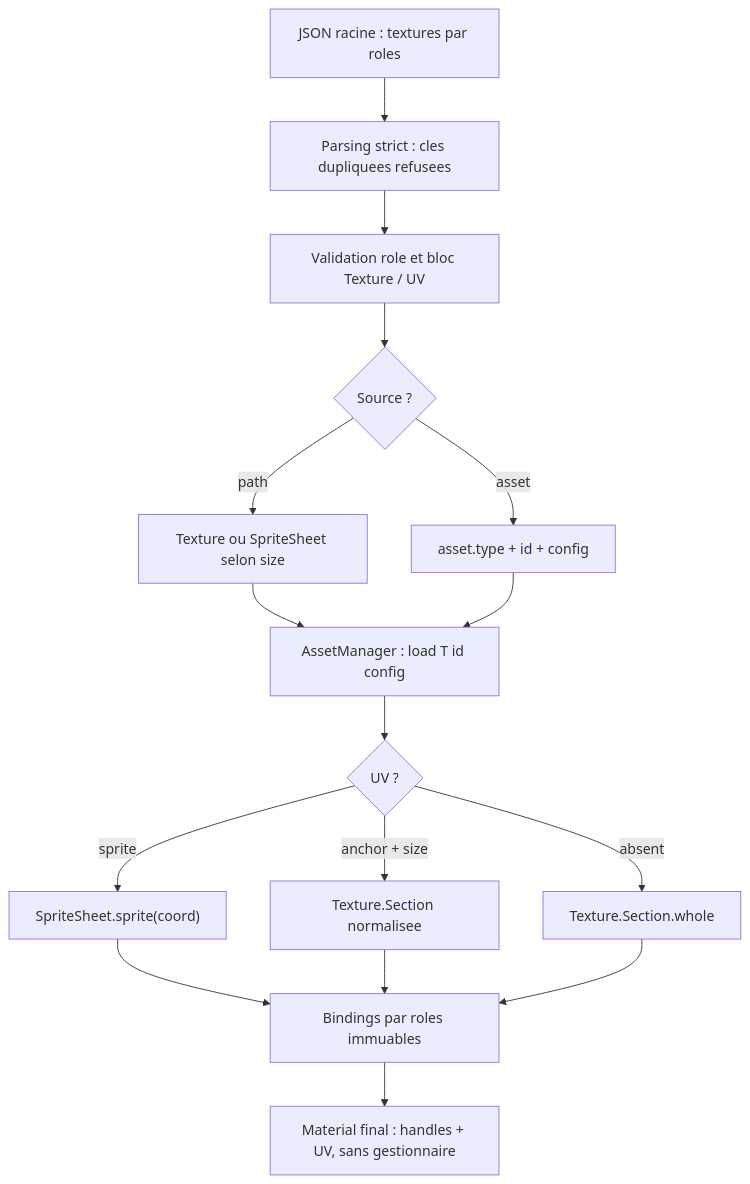
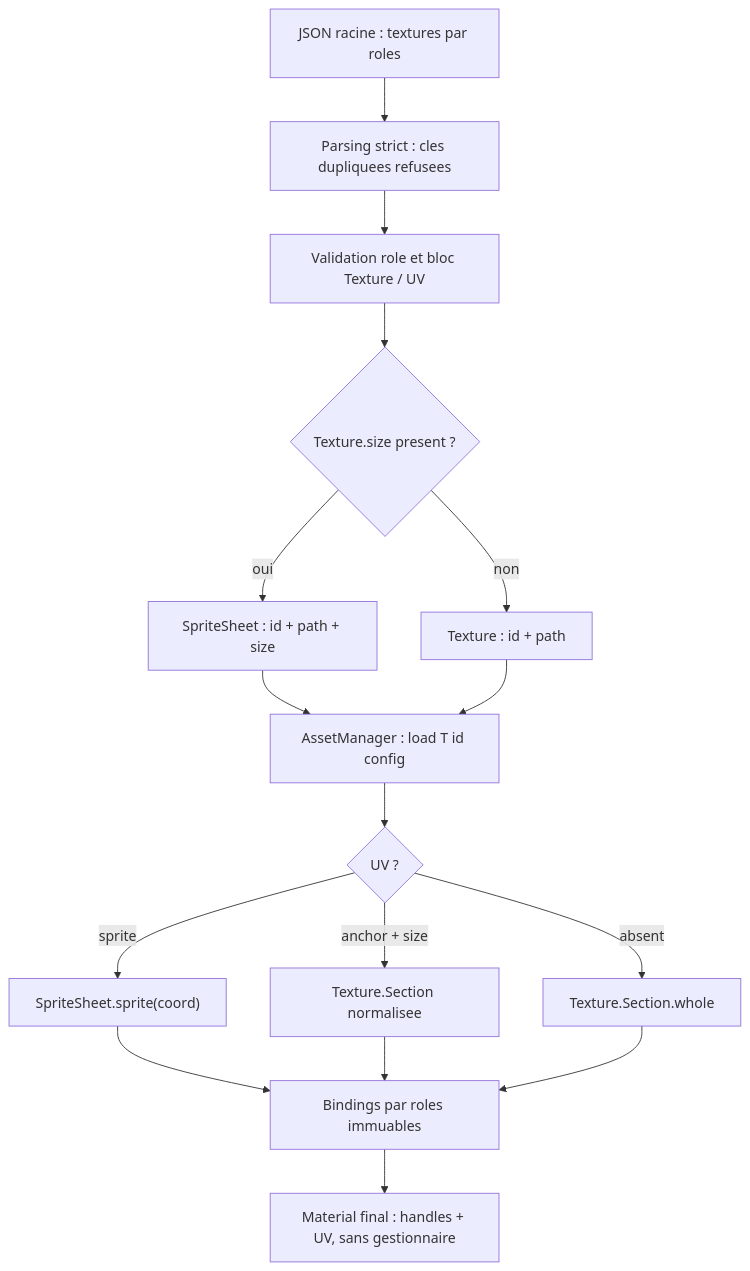
Before and after one commit to EreliaStudio/Sparkle: the second of 3 diagrams in docs/voxel-engine-v0.1.4/04-materiaux-textures-palettes.md, drawn with Mermaid. The commit also changed other lines of this file and 5 other files, not shown here.

Commit message:
PR-06: select Texture or SpriteSheet directly from Material size

````diff
--- a/docs/voxel-engine-v0.1.4/04-materiaux-textures-palettes.md
+++ b/docs/voxel-engine-v0.1.4/04-materiaux-textures-palettes.md
@@ -152,18 +153,18 @@
 ```mermaid
 flowchart TD
   Root["JSON racine : textures par roles"] --> Parse["Parsing strict : cles dupliquees refusees"]
   Parse --> Role["Validation role et bloc Texture / UV"]
-  Role --> Type{"Source ?"}
-  Type -->|"path"| Path["Texture ou SpriteSheet selon size"]
-  Type -->|"asset"| Asset["asset.type + id + config"]
-  Path --> Load["AssetManager : load T id config"]
-  Asset --> Load
+  Role --> Type{"Texture.size present ?"}
+  Type -->|"oui"| Sheet["SpriteSheet : id + path + size"]
+  Type -->|"non"| Texture["Texture : id + path"]
+  Sheet --> Load["AssetManager : load T id config"]
+  Texture --> Load
   Load --> Region{"UV ?"}
   Region -->|"sprite"| Sprite["SpriteSheet.sprite(coord)"]
   Region -->|"anchor + size"| Explicit["Texture.Section normalisee"]
   Region -->|"absent"| Whole["Texture.Section.whole"]
   Sprite --> Build["Bindings par roles immuables"]
   Explicit --> Build
   Whole --> Build
   Build --> Material["Material final : handles + UV, sans gestionnaire"]
 ```
````
